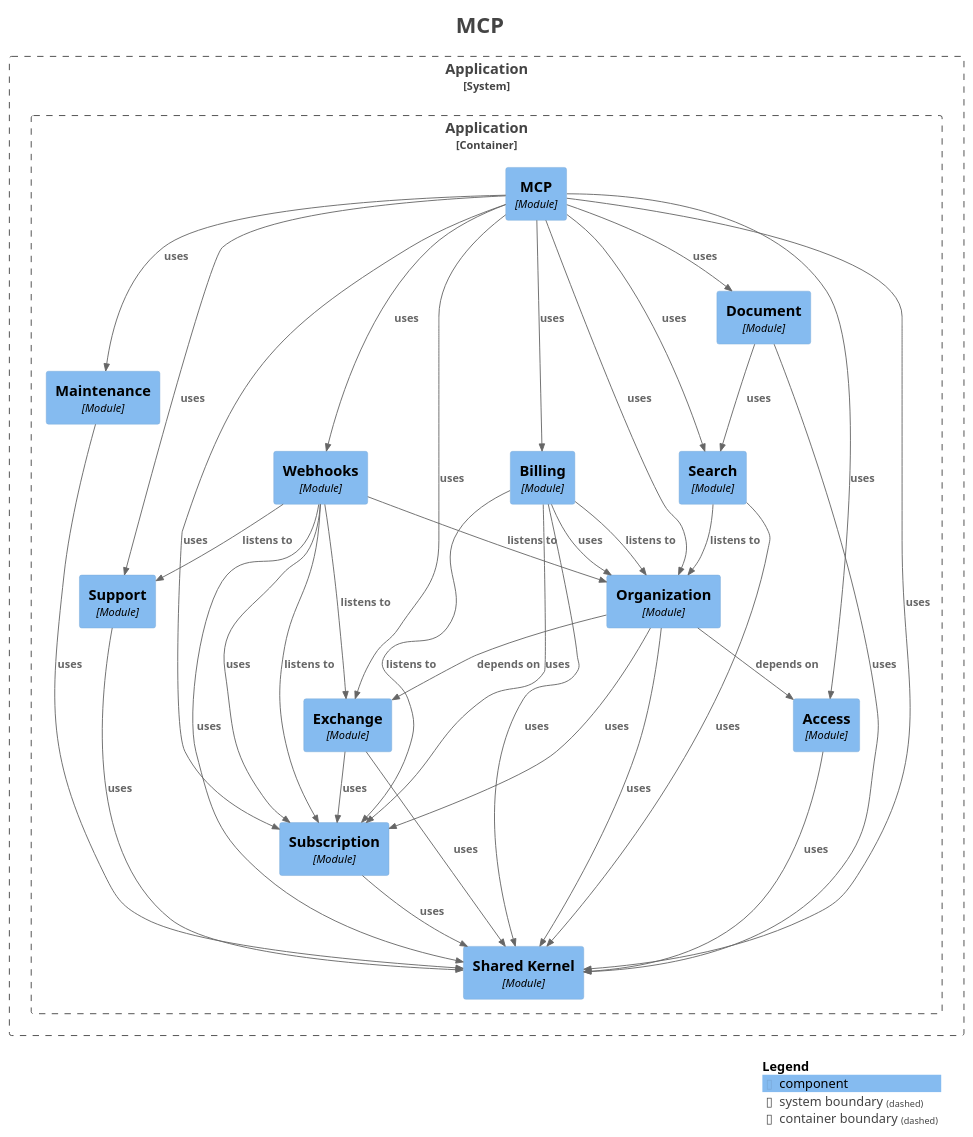
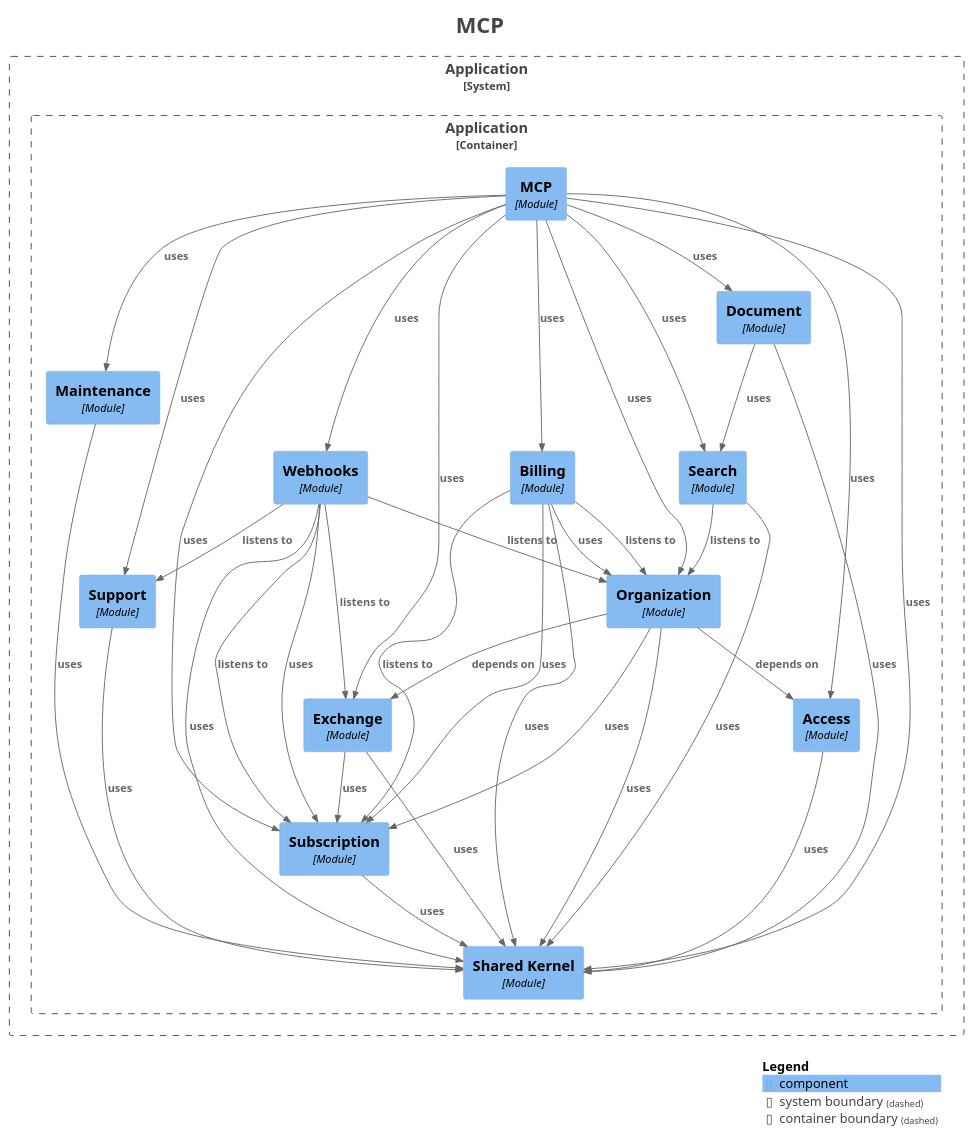
The diagram in docs/modulith/module-mcp.puml (Paul-Ayesiga/enterprise-modulith-template), drawn with PlantUML before and after one commit. The commit also changed other lines of this file and 58 other files, not shown here.

```diff
--- a/docs/modulith/module-mcp.puml
+++ b/docs/modulith/module-mcp.puml
@@ -1,75 +1,75 @@
 @startuml
 title <size:24>MCP</size>
 
 set separator none
 top to bottom direction
 
 <style>
   root {
     BackgroundColor: #ffffff
     FontColor: #444444
   }
 </style>
 
 !include <C4/C4>
 !include <C4/C4_Context>
 !include <C4/C4_Component>
 
 System_Boundary("Application_boundary", "Application", $tags="") {
   Container_Boundary("Application.Application_boundary", "Application", $tags="") {
     Component(Application.Application.Maintenance, "Maintenance", $techn="Module", $descr="", $tags="", $link="")
     Component(Application.Application.Subscription, "Subscription", $techn="Module", $descr="", $tags="", $link="")
     Component(Application.Application.Exchange, "Exchange", $techn="Module", $descr="", $tags="", $link="")
     Component(Application.Application.Organization, "Organization", $techn="Module", $descr="", $tags="", $link="")
     Component(Application.Application.Billing, "Billing", $techn="Module", $descr="", $tags="", $link="")
     Component(Application.Application.Search, "Search", $techn="Module", $descr="", $tags="", $link="")
     Component(Application.Application.Support, "Support", $techn="Module", $descr="", $tags="", $link="")
     Component(Application.Application.Document, "Document", $techn="Module", $descr="", $tags="", $link="")
     Component(Application.Application.Webhooks, "Webhooks", $techn="Module", $descr="", $tags="", $link="")
     Component(Application.Application.MCP, "MCP", $techn="Module", $descr="", $tags="", $link="")
     Component(Application.Application.SharedKernel, "Shared Kernel", $techn="Module", $descr="", $tags="", $link="")
     Component(Application.Application.Access, "Access", $techn="Module", $descr="", $tags="", $link="")
   }
 
 }
 
-Rel(Application.Application.Webhooks, Application.Application.SharedKernel, "uses", $techn="", $tags="", $link="")
-Rel(Application.Application.Webhooks, Application.Application.Subscription, "uses", $techn="", $tags="", $link="")
 Rel(Application.Application.Search, Application.Application.Organization, "listens to", $techn="", $tags="", $link="")
 Rel(Application.Application.Search, Application.Application.SharedKernel, "uses", $techn="", $tags="", $link="")
-Rel(Application.Application.Exchange, Application.Application.SharedKernel, "uses", $techn="", $tags="", $link="")
-Rel(Application.Application.Exchange, Application.Application.Subscription, "uses", $techn="", $tags="", $link="")
-Rel(Application.Application.Billing, Application.Application.Subscription, "listens to", $techn="", $tags="", $link="")
-Rel(Application.Application.Billing, Application.Application.Organization, "listens to", $techn="", $tags="", $link="")
-Rel(Application.Application.Billing, Application.Application.Subscription, "uses", $techn="", $tags="", $link="")
-Rel(Application.Application.Billing, Application.Application.SharedKernel, "uses", $techn="", $tags="", $link="")
-Rel(Application.Application.Billing, Application.Application.Organization, "uses", $techn="", $tags="", $link="")
+Rel(Application.Application.Document, Application.Application.Search, "uses", $techn="", $tags="", $link="")
+Rel(Application.Application.Document, Application.Application.SharedKernel, "uses", $techn="", $tags="", $link="")
+Rel(Application.Application.Maintenance, Application.Application.SharedKernel, "uses", $techn="", $tags="", $link="")
 Rel(Application.Application.Support, Application.Application.SharedKernel, "uses", $techn="", $tags="", $link="")
-Rel(Application.Application.Subscription, Application.Application.SharedKernel, "uses", $techn="", $tags="", $link="")
-Rel(Application.Application.Access, Application.Application.SharedKernel, "uses", $techn="", $tags="", $link="")
 Rel(Application.Application.MCP, Application.Application.SharedKernel, "uses", $techn="", $tags="", $link="")
 Rel(Application.Application.MCP, Application.Application.Webhooks, "uses", $techn="", $tags="", $link="")
 Rel(Application.Application.MCP, Application.Application.Access, "uses", $techn="", $tags="", $link="")
 Rel(Application.Application.MCP, Application.Application.Maintenance, "uses", $techn="", $tags="", $link="")
 Rel(Application.Application.MCP, Application.Application.Subscription, "uses", $techn="", $tags="", $link="")
 Rel(Application.Application.MCP, Application.Application.Document, "uses", $techn="", $tags="", $link="")
 Rel(Application.Application.MCP, Application.Application.Exchange, "uses", $techn="", $tags="", $link="")
 Rel(Application.Application.MCP, Application.Application.Organization, "uses", $techn="", $tags="", $link="")
 Rel(Application.Application.MCP, Application.Application.Search, "uses", $techn="", $tags="", $link="")
 Rel(Application.Application.MCP, Application.Application.Billing, "uses", $techn="", $tags="", $link="")
 Rel(Application.Application.MCP, Application.Application.Support, "uses", $techn="", $tags="", $link="")
-Rel(Application.Application.Document, Application.Application.Search, "uses", $techn="", $tags="", $link="")
-Rel(Application.Application.Document, Application.Application.SharedKernel, "uses", $techn="", $tags="", $link="")
-Rel(Application.Application.Maintenance, Application.Application.SharedKernel, "uses", $techn="", $tags="", $link="")
+Rel(Application.Application.Subscription, Application.Application.SharedKernel, "uses", $techn="", $tags="", $link="")
+Rel(Application.Application.Access, Application.Application.SharedKernel, "uses", $techn="", $tags="", $link="")
 Rel(Application.Application.Organization, Application.Application.Access, "depends on", $techn="", $tags="", $link="")
 Rel(Application.Application.Organization, Application.Application.Exchange, "depends on", $techn="", $tags="", $link="")
 Rel(Application.Application.Organization, Application.Application.SharedKernel, "uses", $techn="", $tags="", $link="")
 Rel(Application.Application.Organization, Application.Application.Subscription, "uses", $techn="", $tags="", $link="")
+Rel(Application.Application.Billing, Application.Application.Subscription, "listens to", $techn="", $tags="", $link="")
+Rel(Application.Application.Billing, Application.Application.Organization, "listens to", $techn="", $tags="", $link="")
+Rel(Application.Application.Billing, Application.Application.Subscription, "uses", $techn="", $tags="", $link="")
+Rel(Application.Application.Billing, Application.Application.SharedKernel, "uses", $techn="", $tags="", $link="")
+Rel(Application.Application.Billing, Application.Application.Organization, "uses", $techn="", $tags="", $link="")
+Rel(Application.Application.Webhooks, Application.Application.Organization, "listens to", $techn="", $tags="", $link="")
+Rel(Application.Application.Webhooks, Application.Application.Exchange, "listens to", $techn="", $tags="", $link="")
 Rel(Application.Application.Webhooks, Application.Application.Support, "listens to", $techn="", $tags="", $link="")
-Rel(Application.Application.Webhooks, Application.Application.Organization, "listens to", $techn="", $tags="", $link="")
 Rel(Application.Application.Webhooks, Application.Application.Subscription, "listens to", $techn="", $tags="", $link="")
-Rel(Application.Application.Webhooks, Application.Application.Exchange, "listens to", $techn="", $tags="", $link="")
+Rel(Application.Application.Webhooks, Application.Application.SharedKernel, "uses", $techn="", $tags="", $link="")
+Rel(Application.Application.Webhooks, Application.Application.Subscription, "uses", $techn="", $tags="", $link="")
+Rel(Application.Application.Exchange, Application.Application.SharedKernel, "uses", $techn="", $tags="", $link="")
+Rel(Application.Application.Exchange, Application.Application.Subscription, "uses", $techn="", $tags="", $link="")
 
 SHOW_LEGEND(true)
 hide stereotypes
 @enduml
```
